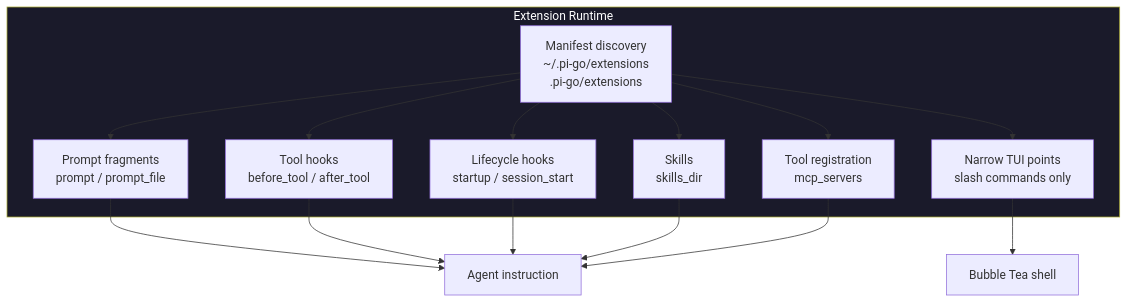
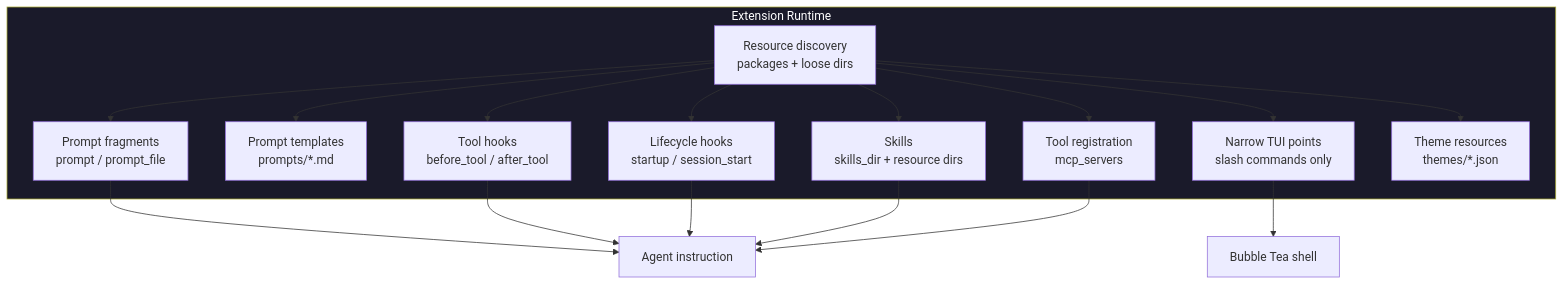
One commit to Pizzaface/pi-go changed the seventh of 12 diagrams in ARCHITECTURE.md. Above: the diagram before and after it, drawn with Mermaid. The commit also changed other lines of this file and 13 other files, not shown here.

````diff
--- a/ARCHITECTURE.md
+++ b/ARCHITECTURE.md
@@ -321,28 +321,32 @@
 ```mermaid
 graph TD
     subgraph Runtime["Extension Runtime"]
-        discovery["Manifest discovery<br/>~/.pi-go/extensions<br/>.pi-go/extensions"]
+        discovery["Resource discovery<br/>packages + loose dirs"]
         prompts["Prompt fragments<br/>prompt / prompt_file"]
+        prompt_templates["Prompt templates<br/>prompts/*.md"]
         hooks["Tool hooks<br/>before_tool / after_tool"]
         lifecycle["Lifecycle hooks<br/>startup / session_start"]
-        skills["Skills<br/>skills_dir"]
+        skills["Skills<br/>skills_dir + resource dirs"]
         mcp["Tool registration<br/>mcp_servers"]
         tui["Narrow TUI points<br/>slash commands only"]
+        themes["Theme resources<br/>themes/*.json"]
     end
 
     discovery --> prompts
+    discovery --> prompt_templates
     discovery --> hooks
     discovery --> lifecycle
     discovery --> skills
     discovery --> mcp
     discovery --> tui
+    discovery --> themes
 
     prompts --> agent["Agent instruction"]
     hooks --> agent
     lifecycle --> agent
     skills --> agent
     mcp --> agent
     tui --> tui_shell["Bubble Tea shell"]
 
     style Runtime fill:#1a1a2a,color:#fff
 ```
````
